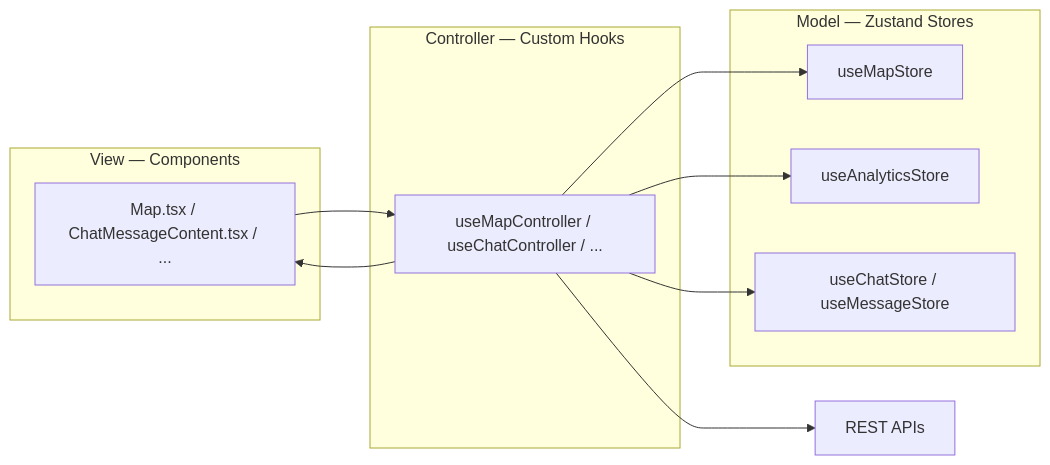
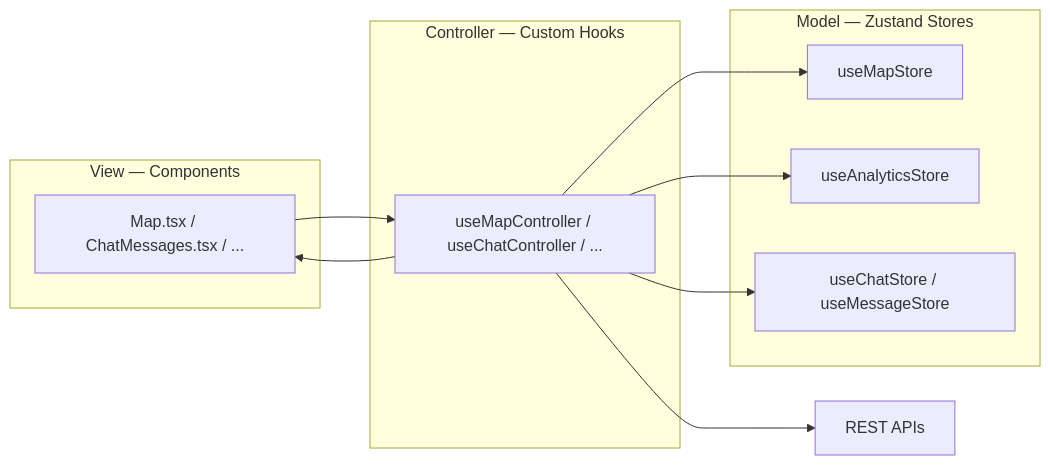
The first of 3 diagrams in frontend/README.md (Harilala42/Canopiq), drawn with Mermaid before and after one commit. The commit also changed other lines of this file and 17 other files, not shown here.

````diff
--- a/frontend/README.md
+++ b/frontend/README.md
@@ -33,22 +33,22 @@
 ```mermaid
 flowchart LR
     subgraph View["View — Components"]
-        V["Map.tsx / ChatMessageContent.tsx / ..."]
+        V["Map.tsx / ChatMessages.tsx / ..."]
     end
     subgraph Controller["Controller — Custom Hooks"]
         C["useMapController / useChatController / ..."]
     end
     subgraph Model["Model — Zustand Stores"]
         M1[useMapStore]
         M2[useAnalyticsStore]
         M3["useChatStore / useMessageStore"]
     end
     API[REST APIs]
 
     V --> C
     C --> M1
     C --> M2
     C --> M3
     C --> API
     C --> V
 ```
````
